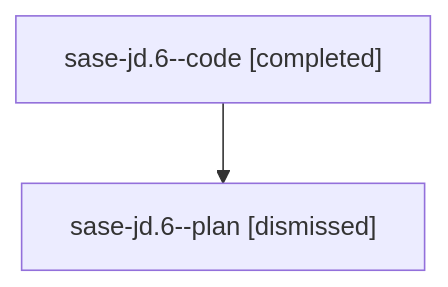
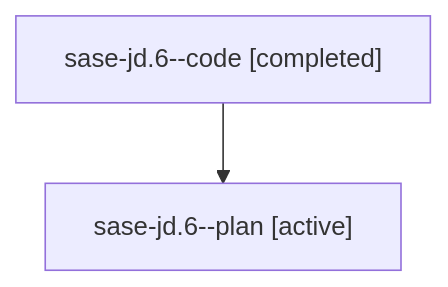
Before and after one commit to sase-org/sase--agents: the diagram in families/bbugyi200.athena.sase-jd.6.md, drawn with Mermaid. The commit also changed other lines of this file and 35830 other files, not shown here.

````diff
--- a/families/bbugyi200.athena.sase-jd.6.md
+++ b/families/bbugyi200.athena.sase-jd.6.md
@@ -9,6 +9,6 @@
 ```mermaid
 flowchart TD
   n0["sase-jd.6--code [completed]"]
-  n1["sase-jd.6--plan [dismissed]"]
+  n1["sase-jd.6--plan [active]"]
   n0 --> n1
 ```
````
